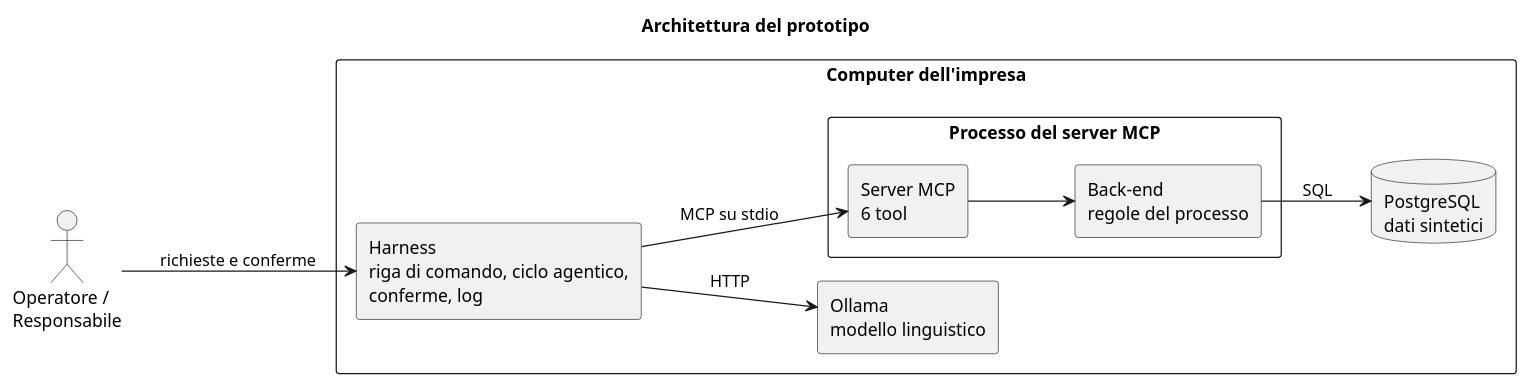
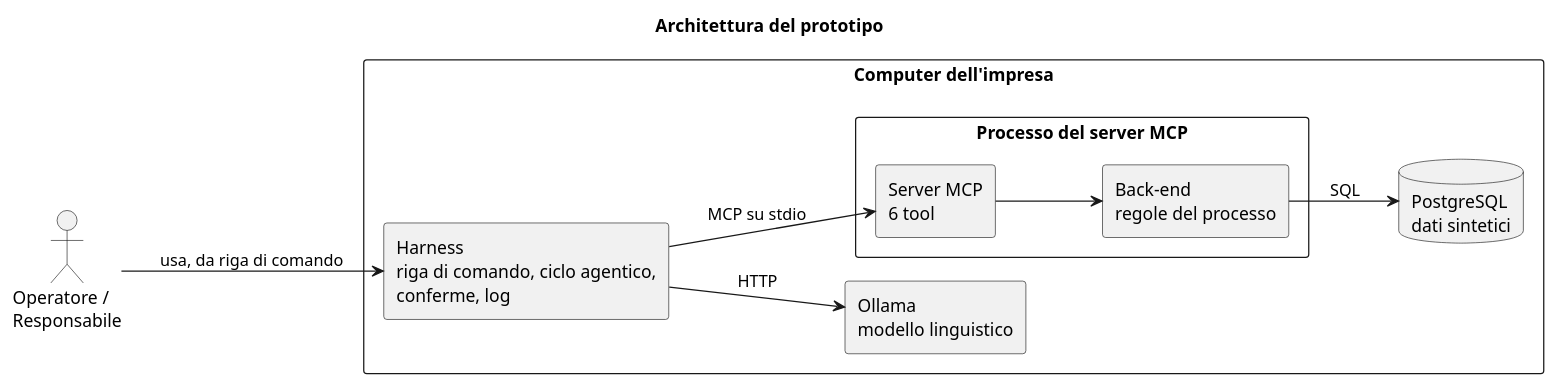
Before and after one commit to LeoDS99/pw26-agente-recall: the diagram in docs/diagrammi/architettura.puml, drawn with PlantUML. The commit also changed 6 other files, not shown here.

Commit message:
Diagrammi rivisti, README e screenshot dello scenario 5

```diff
--- a/docs/diagrammi/architettura.puml
+++ b/docs/diagrammi/architettura.puml
@@ -1,23 +1,23 @@
 @startuml architettura
 left to right direction
 skinparam componentStyle rectangle
 title Architettura del prototipo
 
 actor "Operatore /\nResponsabile" as Utente
 
 rectangle "Computer dell'impresa" {
   component "Harness\nriga di comando, ciclo agentico,\nconferme, log" as Harness
   rectangle "Processo del server MCP" {
     component "Server MCP\n6 tool" as Server
     component "Back-end\nregole del processo" as Backend
   }
   database "PostgreSQL\ndati sintetici" as DB
   component "Ollama\nmodello linguistico" as Ollama
 }
 
-Utente --> Harness : richieste e conferme
+Utente --> Harness : usa, da riga di comando
 Harness --> Server : MCP su stdio
 Server --> Backend
 Backend --> DB : SQL
 Harness --> Ollama : HTTP
 @enduml
```
